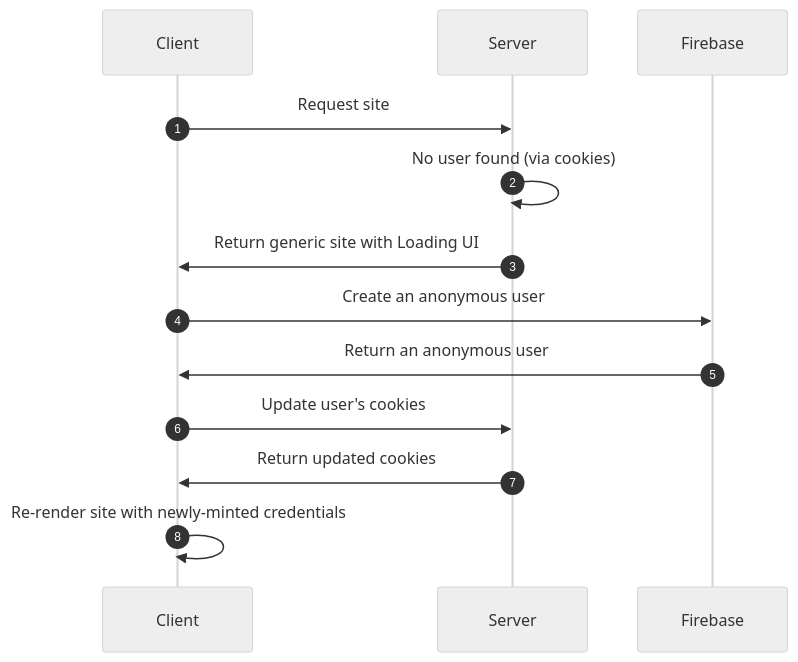
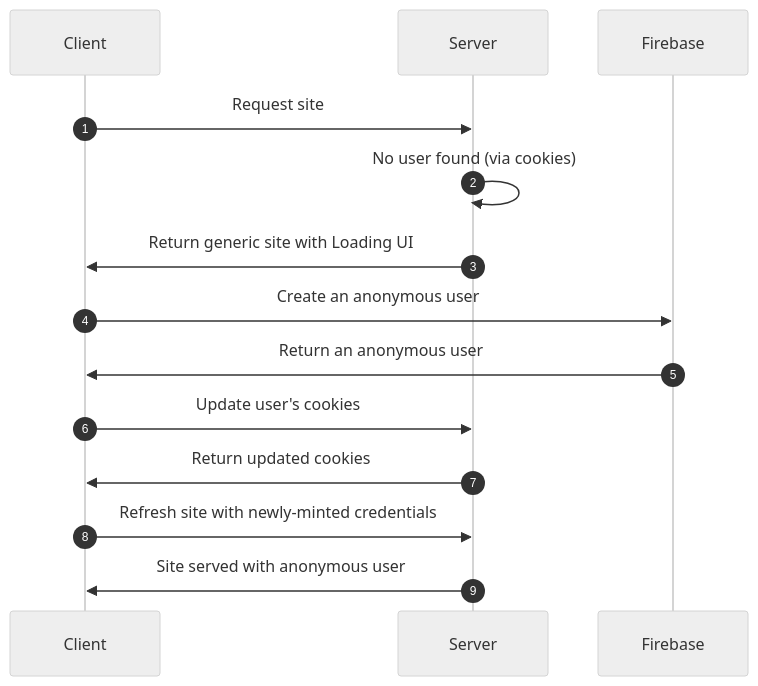
The first of 5 diagrams in README.md (matthova/nextjs-firebase-server-cookies), drawn with Mermaid (neutral theme) before and after one commit. The commit also changed other lines of this file and 10 other files, not shown here.

````diff
--- a/README.md
+++ b/README.md
@@ -84,15 +84,16 @@
 ```mermaid
 sequenceDiagram
     autonumber
     participant A as Client
     participant B as Server
     participant C as Firebase
     A->>B: Request site
     B->>B: No user found (via cookies)
     B->>A: Return generic site with Loading UI
     A->>C: Create an anonymous user
     C->>A: Return an anonymous user
     A->>B: Update user's cookies
     B->>A: Return updated cookies
-    A->>A: Re-render site with newly-minted credentials
+    A->>B: Refresh site with newly-minted credentials
+    B->>A: Site served with anonymous user
 ```
````
